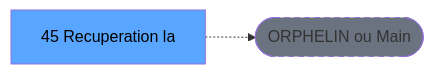
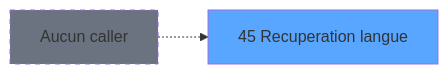
One commit to thonyAGP/magic-migration changed the second of 3 diagrams in .openspec/specs/ADH-IDE-45.md. Above: the diagram before and after it, drawn with Mermaid. The commit also changed other lines of this file and 311 other files, not shown here.

````diff
--- a/.openspec/specs/ADH-IDE-45.md
+++ b/.openspec/specs/ADH-IDE-45.md
@@ -121,8 +178,8 @@
 ```mermaid
 graph LR
-    T[45 Recuperation la]
-    ORPHAN([ORPHELIN ou Main])
-    T -.-> ORPHAN
-    style T fill:#58a6ff,color:#000
-    style ORPHAN fill:#6b7280,stroke-dasharray: 5 5
+    T45[45 Recuperation langue]
+    style T45 fill:#58a6ff
+    NONE[Aucun caller]
+    NONE -.-> T45
+    style NONE fill:#6b7280,stroke-dasharray: 5 5
 ```
````
